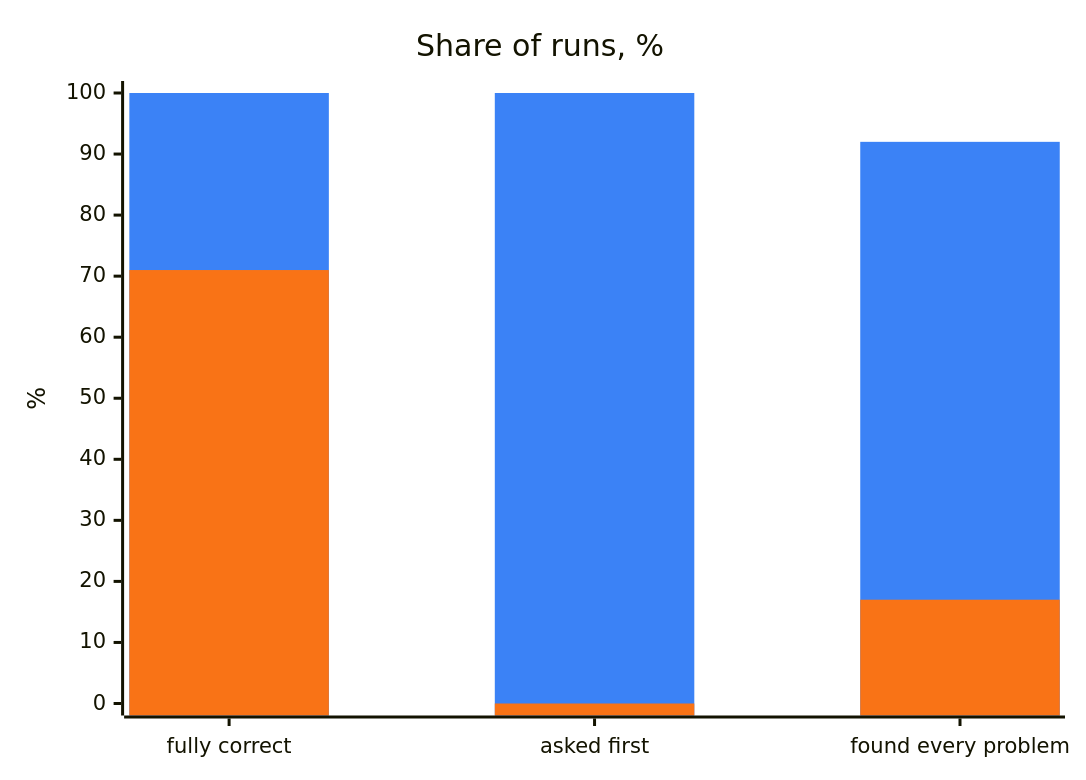
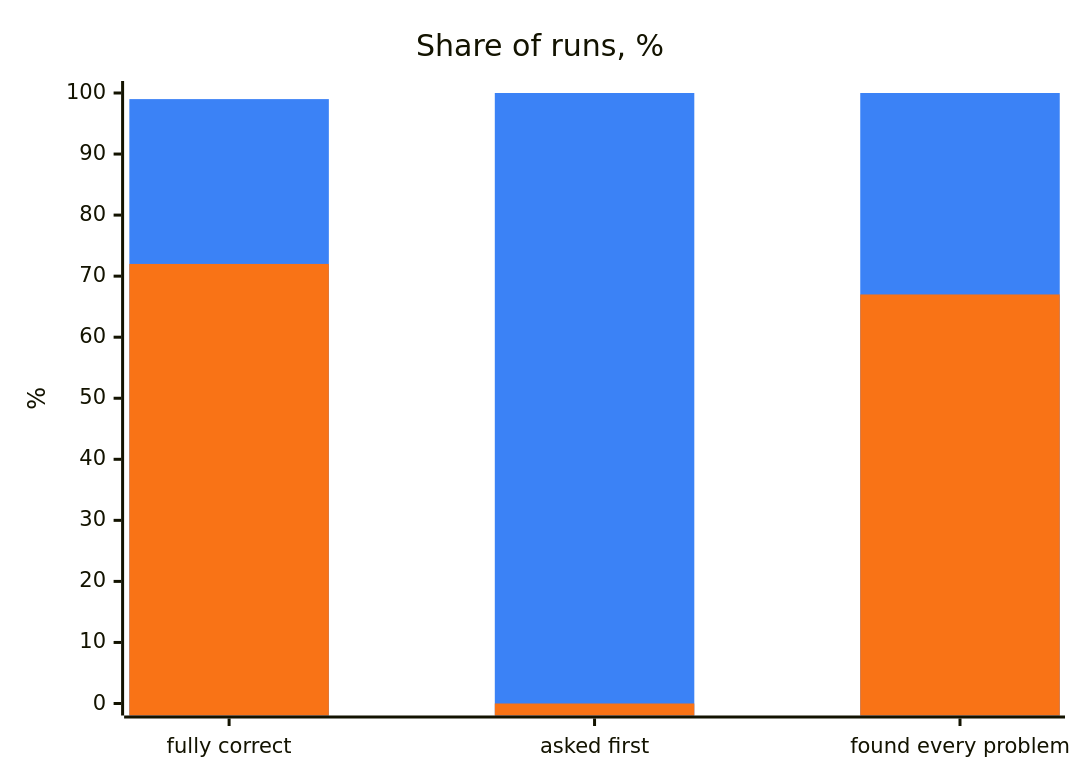
One commit to DyHex/POMWright changed the diagram in website/src/content/docs/skills/pomwright.md. Above: the diagram before and after it, drawn with Mermaid. The commit also changed other lines of this file and 5 other files, not shown here.

````diff
--- a/website/src/content/docs/skills/pomwright.md
+++ b/website/src/content/docs/skills/pomwright.md
@@ -62,9 +68,9 @@
 ```mermaid
 %%{init: {"themeVariables": {"xyChart": {"plotColorPalette": "#3b82f6, #f97316"}}}}%%
 xychart-beta
   title "Share of runs, %"
   x-axis ["fully correct", "asked first", "found every problem"]
   y-axis "%" 0 --> 100
-  bar [100, 100, 92]
-  bar [71, 0, 17]
+  bar [99, 100, 100]
+  bar [72, 0, 67]
 ```
````
